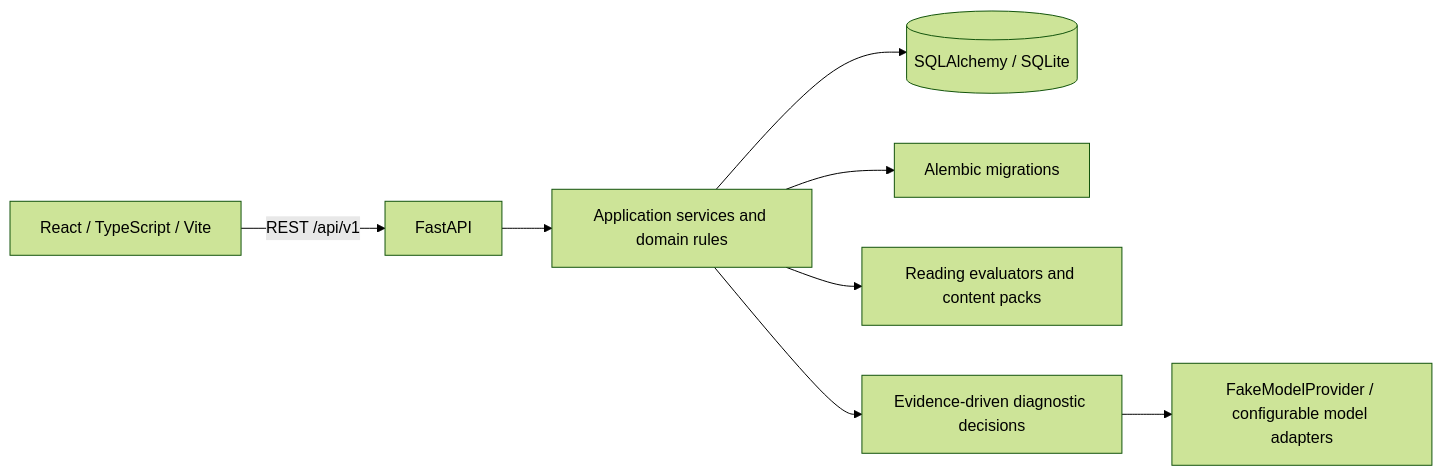
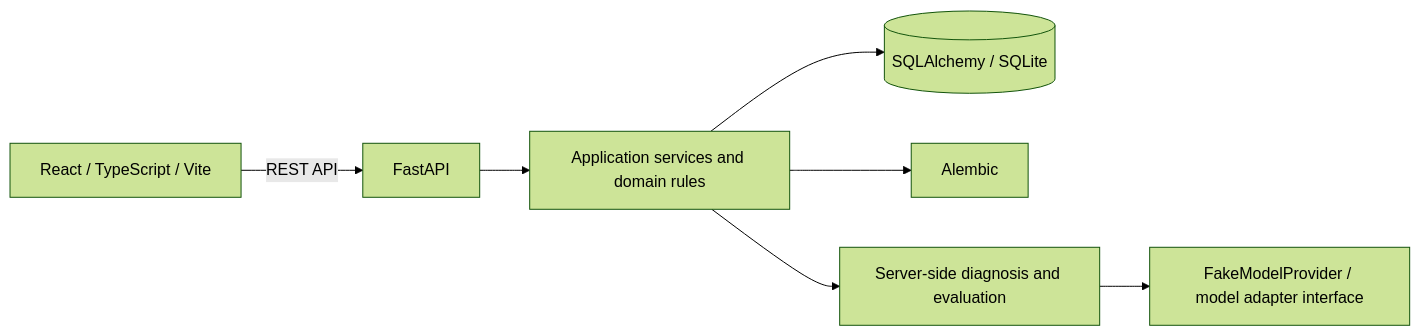
The second of 2 diagrams in README_EN.md (KaoruMiyagawa/UnlearnLoop), drawn with Mermaid (forest theme) before and after one commit. The commit also changed other lines of this file and 1 other file, not shown here.

````diff
--- a/README_EN.md
+++ b/README_EN.md
@@ -48,10 +60,9 @@
 ```mermaid
 flowchart LR
-    UI[React / TypeScript / Vite] -->|REST /api/v1| API[FastAPI]
+    UI[React / TypeScript / Vite] -->|REST API| API[FastAPI]
     API --> APP[Application services and domain rules]
     APP --> DB[(SQLAlchemy / SQLite)]
-    APP --> MIG[Alembic migrations]
-    APP --> EVAL[Reading evaluators and content packs]
-    APP --> AGENT[Evidence-driven diagnostic decisions]
-    AGENT --> PROVIDER[FakeModelProvider / configurable model adapters]
+    APP --> MIG[Alembic]
+    APP --> AGENT[Server-side diagnosis and evaluation]
+    AGENT --> MODEL[FakeModelProvider / model adapter interface]
 ```
````
